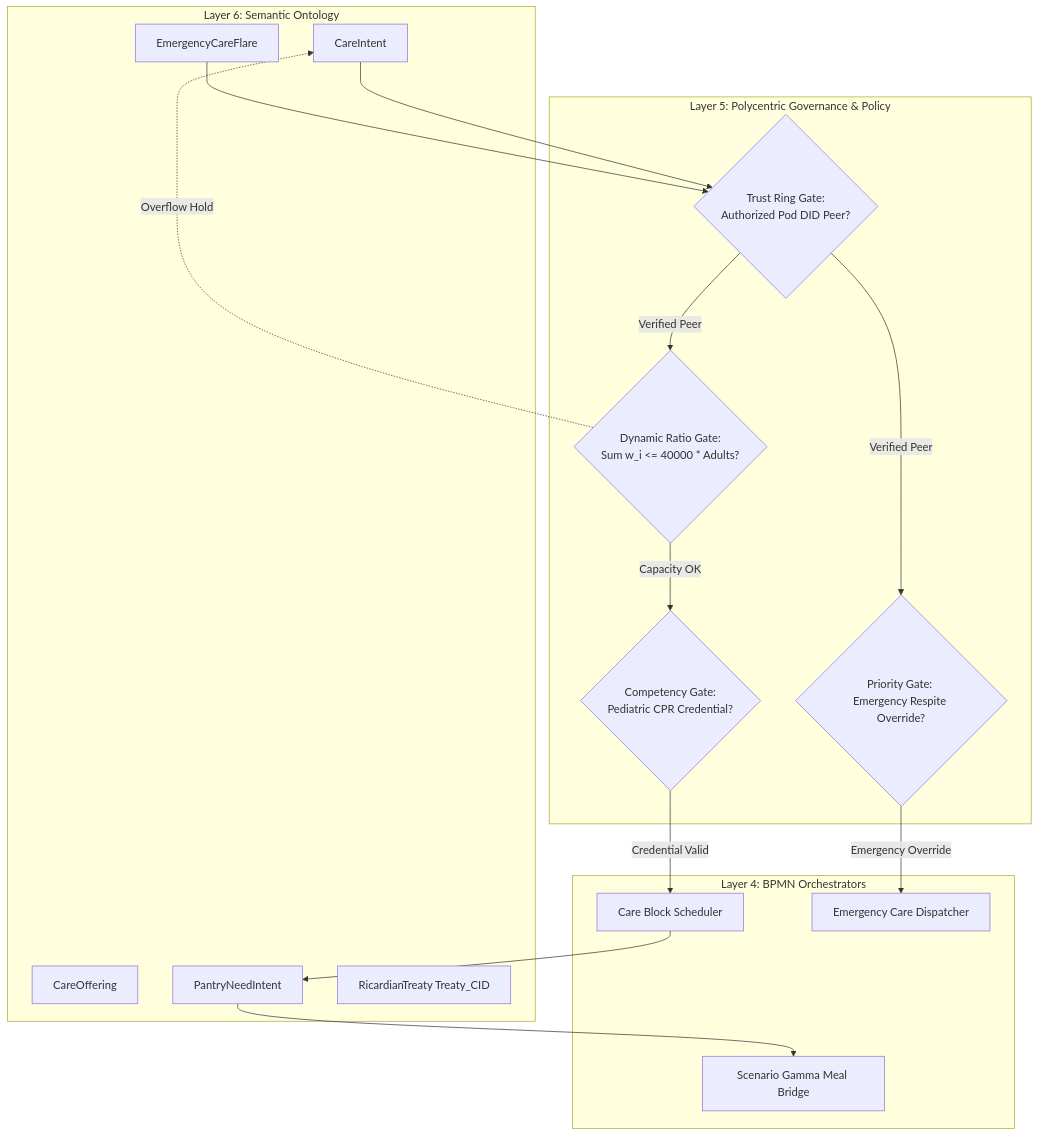
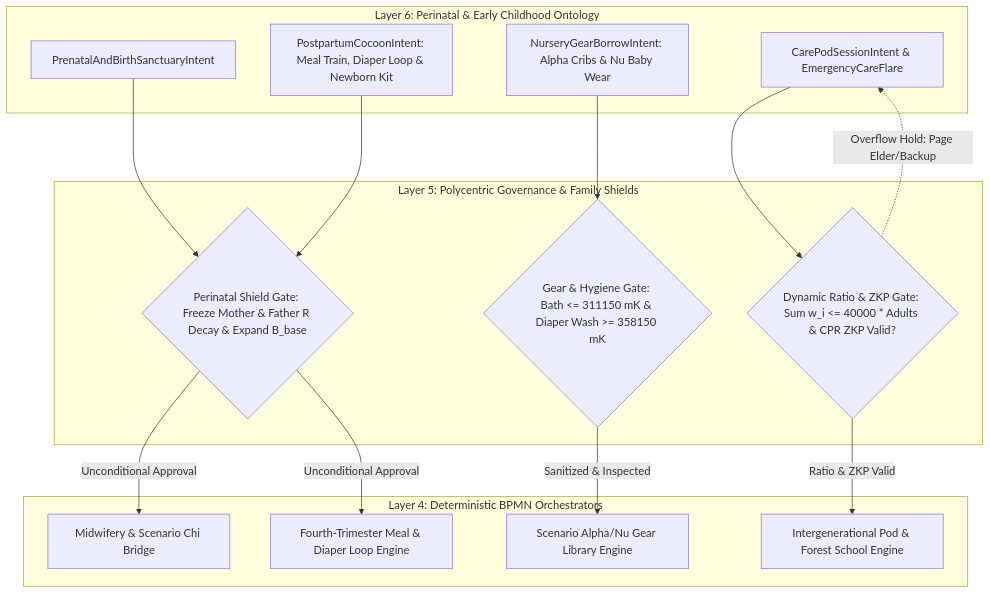
One commit to raffaine/collective changed the third of 3 diagrams in docs/scenarios/delta_childcare.md. Above: the diagram before and after it, drawn with Mermaid. The commit also changed other lines of this file and 56 other files, not shown here.

Commit message:
feat(sprints-11-14): implement Homestead playability, 3D pathfinding, Scenario Gamma kitchen, Async Node Proxies, and Layer 6/5/4 architecture

````diff
--- a/docs/scenarios/delta_childcare.md
+++ b/docs/scenarios/delta_childcare.md
@@ -141,36 +212,34 @@
 ```mermaid
 graph TD
-    subgraph Layer 6: Semantic Ontology
-        L6_Care[CareIntent]
-        L6_Flare[EmergencyCareFlare]
-        L6_Offer[CareOffering]
-        L6_Pantry[PantryNeedIntent]
-        L6_Treaty[RicardianTreaty Treaty_CID]
+    subgraph Layer 6: Perinatal & Early Childhood Ontology
+        L6_Pre[PrenatalAndBirthSanctuaryIntent]
+        L6_Cocoon[PostpartumCocoonIntent: <br>Meal Train, Diaper Loop & Newborn Kit]
+        L6_Gear[NurseryGearBorrowIntent: <br>Alpha Cribs & Nu Baby Wear]
+        L6_Pod[CarePodSessionIntent & EmergencyCareFlare]
     end
 
-    subgraph Layer 5: Polycentric Governance & Policy
-        P_Ring{Trust Ring Gate: <br>Authorized Pod DID Peer?}
-        P_Ratio{Dynamic Ratio Gate: <br>Sum w_i <= 40000 * Adults?}
-        P_Skill{Competency Gate: <br>Pediatric CPR Credential?}
-        P_Flare{Priority Gate: <br>Emergency Respite Override?}
+    subgraph Layer 5: Polycentric Governance & Family Shields
+        P_Shield{Perinatal Shield Gate: <br>Freeze Mother & Father R Decay & Expand B_base}
+        P_Safety{Gear & Hygiene Gate: <br>Bath <= 311150 mK & Diaper Wash >= 358150 mK}
+        P_Ratio{Dynamic Ratio & ZKP Gate: <br>Sum w_i <= 40000 * Adults & CPR ZKP Valid?}
     end
 
-    subgraph Layer 4: BPMN Orchestrators
-        BPMN_Care[Care Block Scheduler]
-        BPMN_Crisis[Emergency Care Dispatcher]
-        BPMN_Kitchen[Scenario Gamma Meal Bridge]
+    subgraph Layer 4: Deterministic BPMN Orchestrators
+        BPMN_Midwife[Midwifery & Scenario Chi Bridge]
+        BPMN_Cocoon[Fourth-Trimester Meal & Diaper Loop Engine]
+        BPMN_Nursery[Scenario Alpha/Nu Gear Library Engine]
+        BPMN_Pod[Intergenerational Pod & Forest School Engine]
     end
 
-    L6_Care --> P_Ring
-    P_Ring -->|Verified Peer| P_Ratio
-    P_Ratio -->|Capacity OK| P_Skill
-    P_Skill -->|Credential Valid| BPMN_Care
-    P_Ratio -.->|Overflow Hold| L6_Care
+    L6_Pre --> P_Shield
+    L6_Cocoon --> P_Shield
+    P_Shield -->|Unconditional Approval| BPMN_Midwife
+    P_Shield -->|Unconditional Approval| BPMN_Cocoon
 
-    L6_Flare --> P_Ring
-    P_Ring -->|Verified Peer| P_Flare
-    P_Flare -->|Emergency Override| BPMN_Crisis
+    L6_Gear --> P_Safety
+    P_Safety -->|Sanitized & Inspected| BPMN_Nursery
 
-    BPMN_Care --> L6_Pantry
-    L6_Pantry --> BPMN_Kitchen
+    L6_Pod --> P_Ratio
+    P_Ratio -->|Ratio & ZKP Valid| BPMN_Pod
+    P_Ratio -.->|Overflow Hold: Page Elder/Backup| L6_Pod
 ```
````
